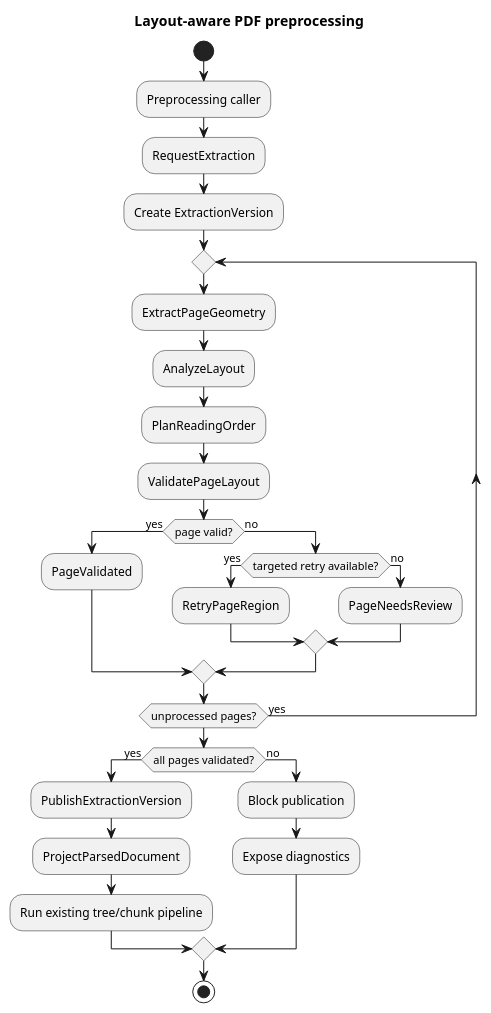
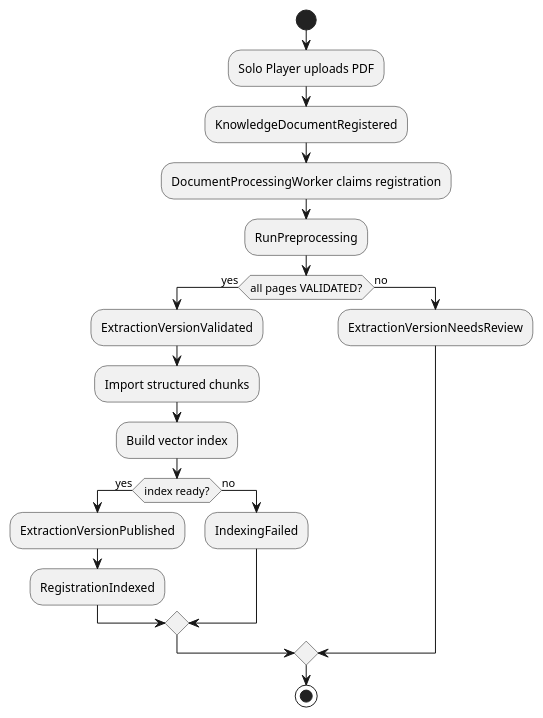
Before and after one commit to omegafrog/dnd-master: the first of 2 diagrams in docs/specs/architecture-spec.md, drawn with PlantUML. The commit also changed other lines of this file and 6 other files, not shown here.

Commit message:
docs: plan validated preprocessing RAG integration

````diff
--- a/docs/specs/architecture-spec.md
+++ b/docs/specs/architecture-spec.md
@@ -40,33 +21,23 @@
 ```plantuml
 @startuml
-title Layout-aware PDF preprocessing
 start
-:Preprocessing caller;
-:RequestExtraction;
-:Create ExtractionVersion;
-repeat
-  :ExtractPageGeometry;
-  :AnalyzeLayout;
-  :PlanReadingOrder;
-  :ValidatePageLayout;
-  if (page valid?) then (yes)
-    :PageValidated;
+:Solo Player uploads PDF;
+:KnowledgeDocumentRegistered;
+:DocumentProcessingWorker claims registration;
+:RunPreprocessing;
+if (all pages VALIDATED?) then (yes)
+  :ExtractionVersionValidated;
+  :Import structured chunks;
+  :Build vector index;
+  if (index ready?) then (yes)
+    :ExtractionVersionPublished;
+    :RegistrationIndexed;
   else (no)
-    if (targeted retry available?) then (yes)
-      :RetryPageRegion;
-    else (no)
-      :PageNeedsReview;
-    endif
+    :IndexingFailed;
   endif
-repeat while (unprocessed pages?) is (yes)
-if (all pages validated?) then (yes)
-  :PublishExtractionVersion;
-  :ProjectParsedDocument;
-  :Run existing tree/chunk pipeline;
 else (no)
-  :Block publication;
-  :Expose diagnostics;
+  :ExtractionVersionNeedsReview;
 endif
 stop
 @enduml
 ```
````
